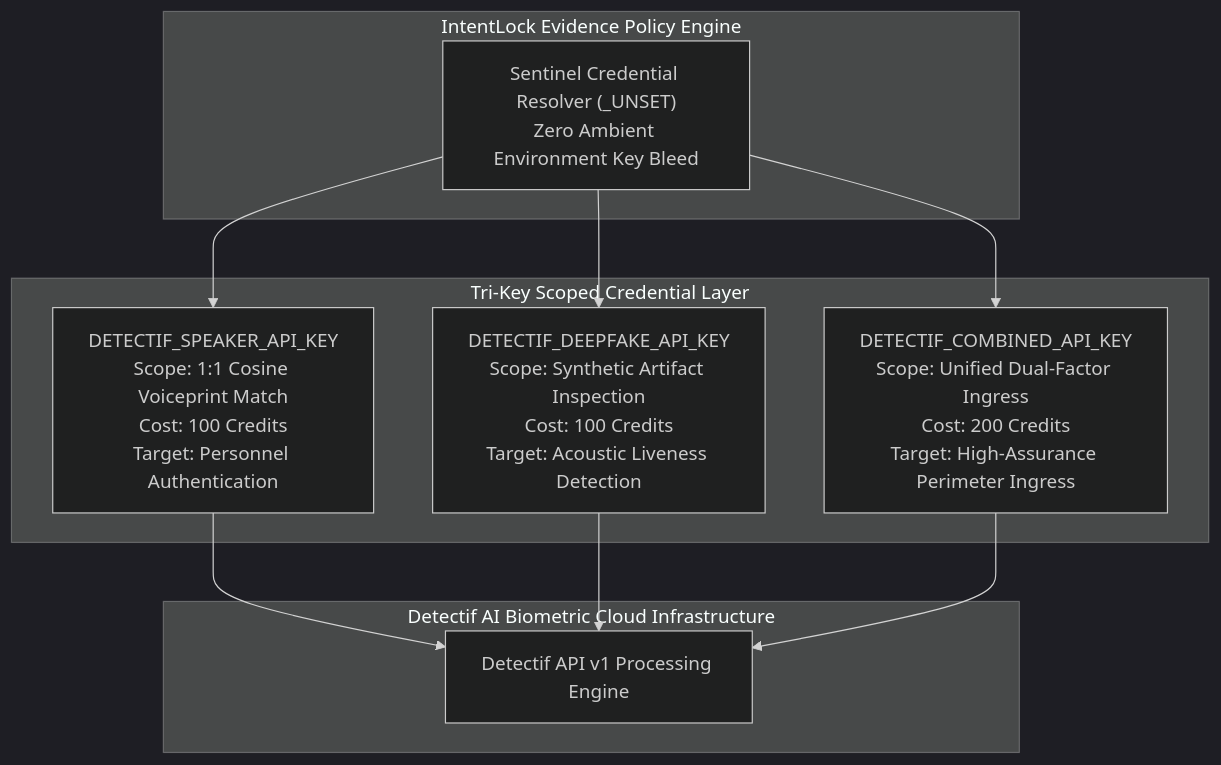
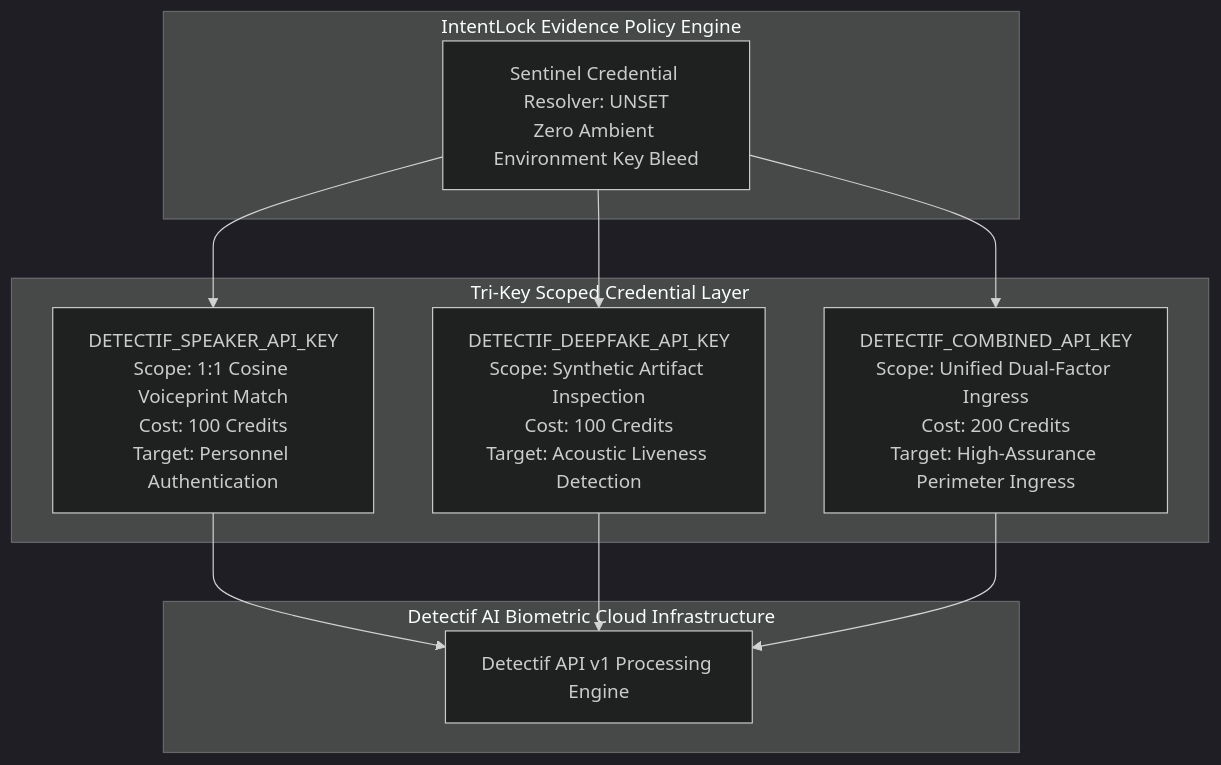
One commit to sharancode3/Intentlock changed the third of 9 diagrams in README.md. Above: the diagram before and after it, drawn with Mermaid (dark theme). The commit also changed other lines of this file, not shown here.

Commit message:
fix(docs): resolve GitHub Mermaid parsing errors across all diagram specifications

````diff
--- a/README.md
+++ b/README.md
@@ -144,20 +144,20 @@
 ```mermaid
 flowchart TD
     subgraph Cloud ["Detectif AI Biometric Cloud Infrastructure"]
         DET_CORE["Detectif API v1 Processing Engine"]
     end
 
     subgraph Keys ["Tri-Key Scoped Credential Layer"]
         K1["DETECTIF_SPEAKER_API_KEY<br/>Scope: 1:1 Cosine Voiceprint Match<br/>Cost: 100 Credits<br/>Target: Personnel Authentication"]
         K2["DETECTIF_DEEPFAKE_API_KEY<br/>Scope: Synthetic Artifact Inspection<br/>Cost: 100 Credits<br/>Target: Acoustic Liveness Detection"]
         K3["DETECTIF_COMBINED_API_KEY<br/>Scope: Unified Dual-Factor Ingress<br/>Cost: 200 Credits<br/>Target: High-Assurance Perimeter Ingress"]
     end
 
     subgraph Internal ["IntentLock Evidence Policy Engine"]
-        SENTINEL["Sentinel Credential Resolver (_UNSET)<br/>Zero Ambient Environment Key Bleed"]
+        SENTINEL["Sentinel Credential Resolver: UNSET<br/>Zero Ambient Environment Key Bleed"]
     end
 
     SENTINEL --> K1 --> DET_CORE
     SENTINEL --> K2 --> DET_CORE
     SENTINEL --> K3 --> DET_CORE
 ```
````
